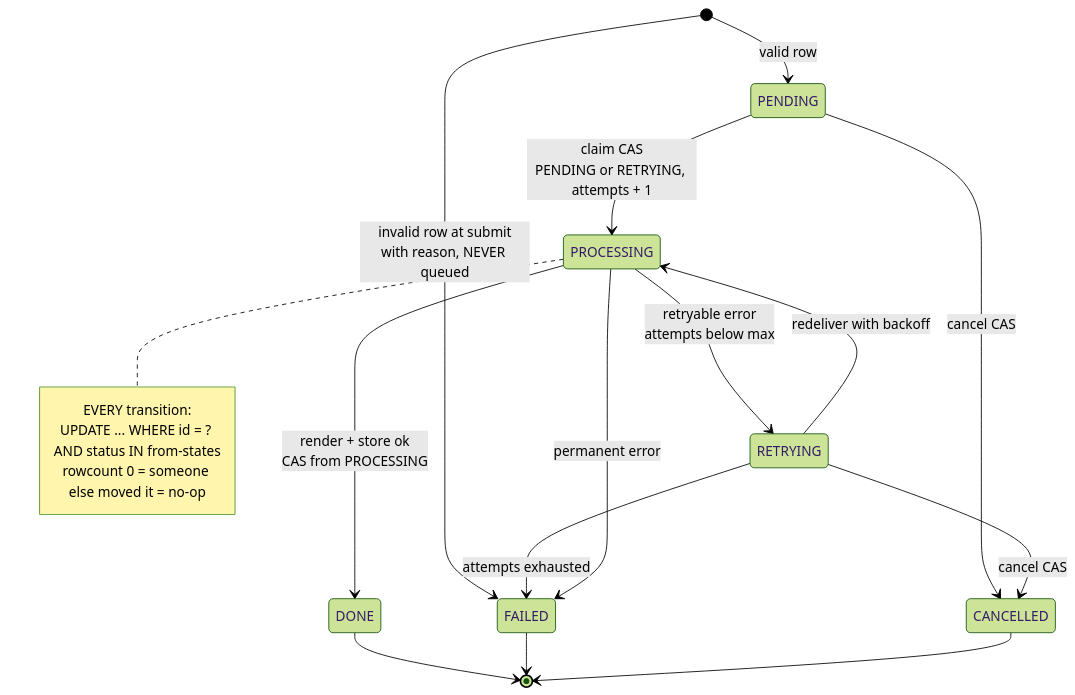
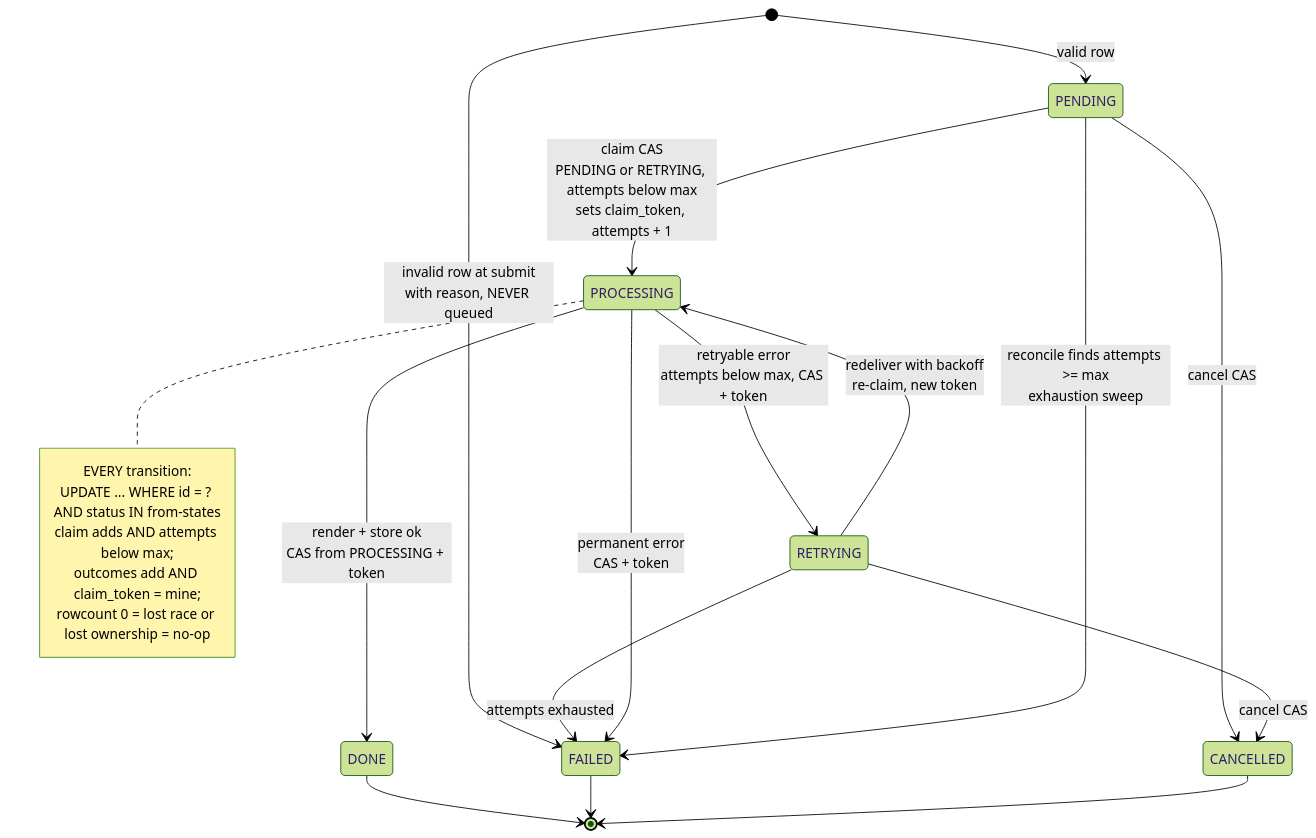
One commit to shah-dhwanil/aereo-assignment changed the fourth of 13 diagrams in docs/superpowers/specs/2026-10-11-bulk-certificate-generator-design.md. Above: the diagram before and after it, drawn with Mermaid (forest theme). The commit also changed other lines of this file, not shown here.

````diff
--- a/docs/superpowers/specs/2026-10-11-bulk-certificate-generator-design.md
+++ b/docs/superpowers/specs/2026-10-11-bulk-certificate-generator-design.md
@@ -162,22 +171,25 @@
 ```mermaid
 stateDiagram-v2
     [*] --> FAILED : invalid row at submit<br/>with reason, NEVER queued
     [*] --> PENDING : valid row
-    PENDING --> PROCESSING : claim CAS<br/>PENDING or RETRYING, attempts + 1
-    PROCESSING --> DONE : render + store ok<br/>CAS from PROCESSING
-    PROCESSING --> RETRYING : retryable error<br/>attempts below max
-    RETRYING --> PROCESSING : redeliver with backoff
+    PENDING --> PROCESSING : claim CAS<br/>PENDING or RETRYING, attempts below max<br/>sets claim_token, attempts + 1
+    PROCESSING --> DONE : render + store ok<br/>CAS from PROCESSING + token
+    PROCESSING --> RETRYING : retryable error<br/>attempts below max, CAS + token
+    RETRYING --> PROCESSING : redeliver with backoff<br/>re-claim, new token
     RETRYING --> FAILED : attempts exhausted
-    PROCESSING --> FAILED : permanent error
+    PROCESSING --> FAILED : permanent error<br/>CAS + token
+    PENDING --> FAILED : reconcile finds attempts >= max<br/>exhaustion sweep
     PENDING --> CANCELLED : cancel CAS
     RETRYING --> CANCELLED : cancel CAS
     DONE --> [*]
     FAILED --> [*]
     CANCELLED --> [*]
 
     note right of PROCESSING
         EVERY transition:
         UPDATE ... WHERE id = ? AND status IN from-states
-        rowcount 0 = someone else moved it = no-op
+        claim adds AND attempts below max;
+        outcomes add AND claim_token = mine;
+        rowcount 0 = lost race or lost ownership = no-op
     end note
 ```
````
